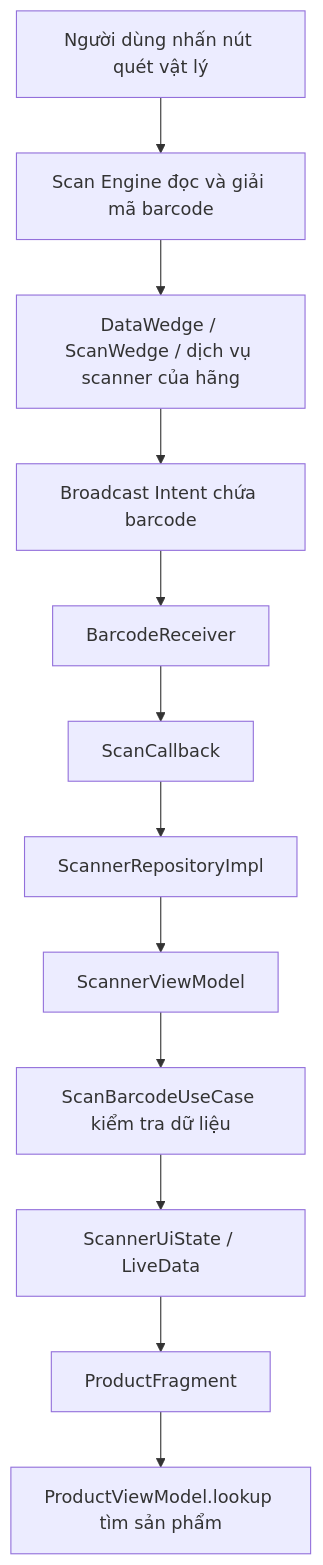
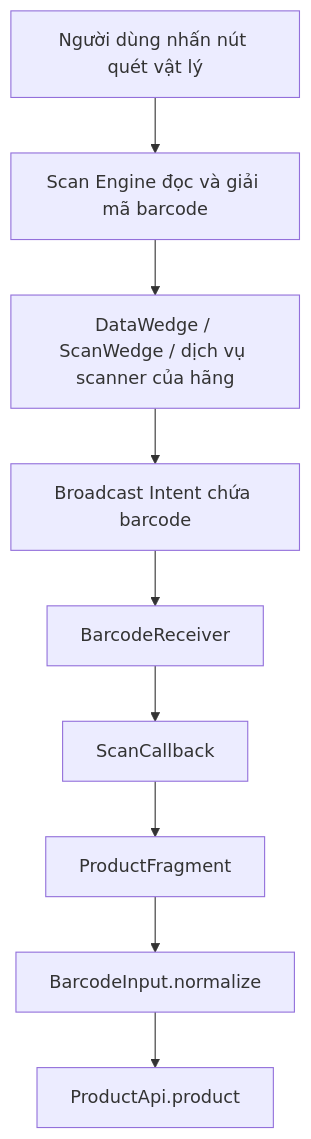
The first of 2 diagrams in docs/13-scanner-flow.md (ThienDuc1112/spa_device), drawn with Mermaid before and after one commit. The commit also changed other lines of this file and 63 other files, not shown here.

````diff
--- a/docs/13-scanner-flow.md
+++ b/docs/13-scanner-flow.md
@@ -11,14 +11,11 @@
 ```mermaid
 flowchart TD
     Trigger[Người dùng nhấn nút quét vật lý] --> Engine[Scan Engine đọc và giải mã barcode]
     Engine --> Wedge[DataWedge / ScanWedge / dịch vụ scanner của hãng]
     Wedge --> Intent[Broadcast Intent chứa barcode]
     Intent --> Receiver[BarcodeReceiver]
     Receiver --> Callback[ScanCallback]
-    Callback --> Repository[ScannerRepositoryImpl]
-    Repository --> ViewModel[ScannerViewModel]
-    ViewModel --> UseCase[ScanBarcodeUseCase kiểm tra dữ liệu]
-    UseCase --> State[ScannerUiState / LiveData]
-    State --> Fragment[ProductFragment]
-    Fragment --> Lookup[ProductViewModel.lookup tìm sản phẩm]
+    Callback --> Fragment[ProductFragment]
+    Fragment --> Validate[BarcodeInput.normalize]
+    Validate --> Lookup[ProductApi.product]
 ```
````
